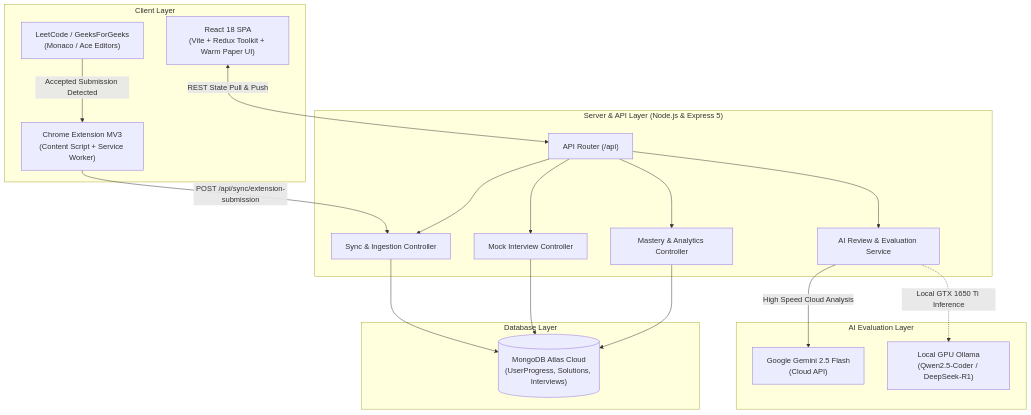
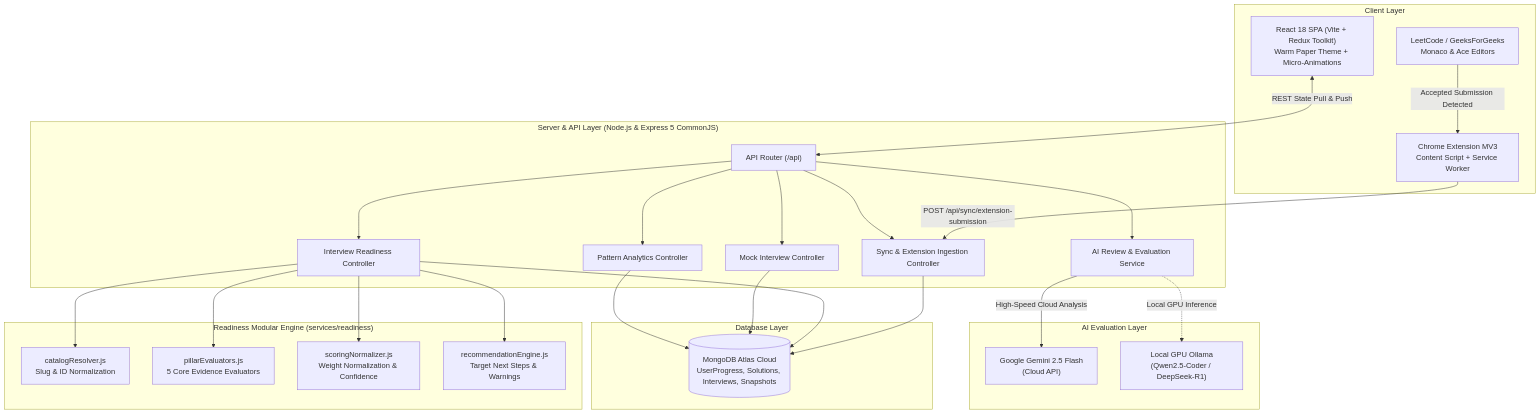
One commit to manavsharma111/dsa-plan changed the diagram in README.md. Above: the diagram before and after it, drawn with Mermaid. The commit also changed other lines of this file and 62 other files, not shown here.

Commit message:
feat: readiness engine, per-topic reset, code optimizations & updated readme

````diff
--- a/README.md
+++ b/README.md
@@ -74,40 +78,55 @@
 ```mermaid
 flowchart TB
     subgraph Clients ["Client Layer"]
-        SPA["React 18 SPA<br/>(Vite + Redux Toolkit + Warm Paper UI)"]
-        EXT["Chrome Extension MV3<br/>(Content Script + Service Worker)"]
-        PLATFORMS["LeetCode / GeeksForGeeks<br/>(Monaco / Ace Editors)"]
+        SPA["React 18 SPA (Vite + Redux Toolkit)<br/>Warm Paper Theme + Micro-Animations"]
+        EXT["Chrome Extension MV3<br/>Content Script + Service Worker"]
+        PLATFORMS["LeetCode / GeeksForGeeks<br/>Monaco & Ace Editors"]
     end
 
-    subgraph ServerLayer ["Server & API Layer (Node.js & Express 5)"]
+    subgraph ServerLayer ["Server & API Layer (Node.js & Express 5 CommonJS)"]
         ROUTER["API Router (/api)"]
-        SYNC_CTRL["Sync & Ingestion Controller"]
+        SYNC_CTRL["Sync & Extension Ingestion Controller"]
+        READINESS_CTRL["Interview Readiness Controller"]
         INTERVIEW_CTRL["Mock Interview Controller"]
-        ANALYTICS_CTRL["Mastery & Analytics Controller"]
+        ANALYTICS_CTRL["Pattern Analytics Controller"]
         AI_SVC["AI Review & Evaluation Service"]
+    end
+
+    subgraph ReadinessModular ["Readiness Modular Engine (services/readiness)"]
+        CATALOG["catalogResolver.js<br/>Slug & ID Normalization"]
+        PILLARS["pillarEvaluators.js<br/>5 Core Evidence Evaluators"]
+        SCORING["scoringNormalizer.js<br/>Weight Normalization & Confidence"]
+        RECS["recommendationEngine.js<br/>Target Next Steps & Warnings"]
     end
 
     subgraph AIEngine ["AI Evaluation Layer"]
         GEMINI["Google Gemini 2.5 Flash<br/>(Cloud API)"]
         OLLAMA["Local GPU Ollama<br/>(Qwen2.5-Coder / DeepSeek-R1)"]
     end
 
     subgraph DataStorage ["Database Layer"]
-        DB[("MongoDB Atlas Cloud<br/>(UserProgress, Solutions, Interviews)")]
+        DB[("MongoDB Atlas Cloud<br/>UserProgress, Solutions, Interviews, Snapshots")]
     end
 
     PLATFORMS -->|Accepted Submission Detected| EXT
     EXT -->|POST /api/sync/extension-submission| SYNC_CTRL
     SPA <-->|REST State Pull & Push| ROUTER
     ROUTER --> SYNC_CTRL
+    ROUTER --> READINESS_CTRL
     ROUTER --> INTERVIEW_CTRL
     ROUTER --> ANALYTICS_CTRL
     ROUTER --> AI_SVC
 
-    AI_SVC -->|High Speed Cloud Analysis| GEMINI
-    AI_SVC -.->|Local GTX 1650 Ti Inference| OLLAMA
+    READINESS_CTRL --> CATALOG
+    READINESS_CTRL --> PILLARS
+    READINESS_CTRL --> SCORING
+    READINESS_CTRL --> RECS
+
+    AI_SVC -->|High-Speed Cloud Analysis| GEMINI
+    AI_SVC -.->|Local GPU Inference| OLLAMA
 
     SYNC_CTRL --> DB
+    READINESS_CTRL --> DB
     INTERVIEW_CTRL --> DB
     ANALYTICS_CTRL --> DB
 ```
````
